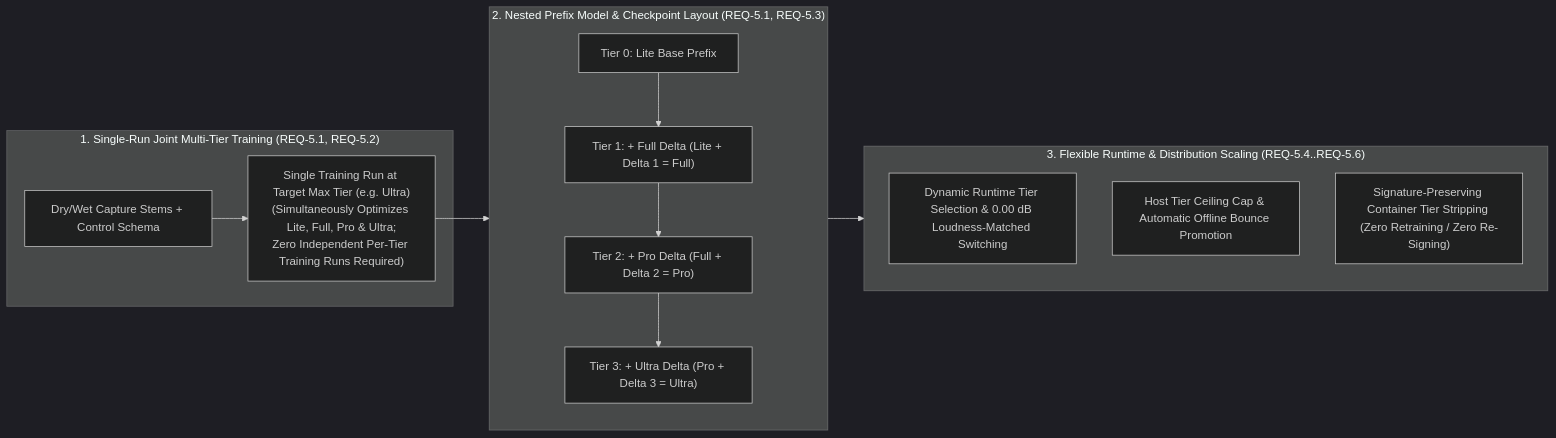
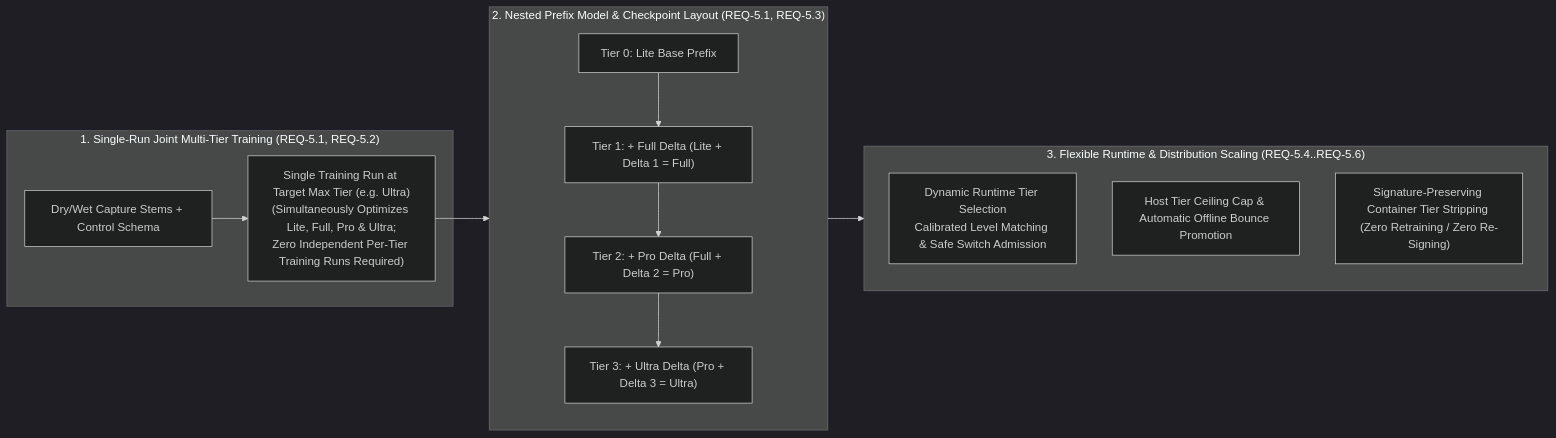
One commit to dnam-project/dnam changed the third of 4 diagrams in docs/overview/system_goals_and_requirements.md. Above: the diagram before and after it, drawn with Mermaid (dark theme). The commit also changed other lines of this file and 105 other files, not shown here.

````diff
--- a/docs/overview/system_goals_and_requirements.md
+++ b/docs/overview/system_goals_and_requirements.md
@@ -151,23 +153,23 @@
 ```mermaid
 flowchart LR
     subgraph Train ["1. Single-Run Joint Multi-Tier Training (REQ-5.1, REQ-5.2)"]
         Stems["Dry/Wet Capture Stems + Control Schema"] --> Joint["Single Training Run at Target Max Tier (e.g. Ultra)<br/>(Simultaneously Optimizes Lite, Full, Pro & Ultra;<br/>Zero Independent Per-Tier Training Runs Required)"]
     end
 
     subgraph Container ["2. Nested Prefix Model & Checkpoint Layout (REQ-5.1, REQ-5.3)"]
         direction TB
         T0["Tier 0: Lite Base Prefix"]
         T1["Tier 1: + Full Delta (Lite + Delta 1 = Full)"]
         T2["Tier 2: + Pro Delta (Full + Delta 2 = Pro)"]
         T3["Tier 3: + Ultra Delta (Pro + Delta 3 = Ultra)"]
         T0 --> T1 --> T2 --> T3
     end
 
     subgraph Deploy ["3. Flexible Runtime & Distribution Scaling (REQ-5.4..REQ-5.6)"]
-        D1["Dynamic Runtime Tier Selection & 0.00 dB Loudness-Matched Switching"]
+        D1["Dynamic Runtime Tier Selection<br/>Calibrated Level Matching & Safe Switch Admission"]
         D2["Host Tier Ceiling Cap & Automatic Offline Bounce Promotion"]
         D3["Signature-Preserving Container Tier Stripping (Zero Retraining / Zero Re-Signing)"]
     end
 
     Joint --> Container --> Deploy
 ```
````
